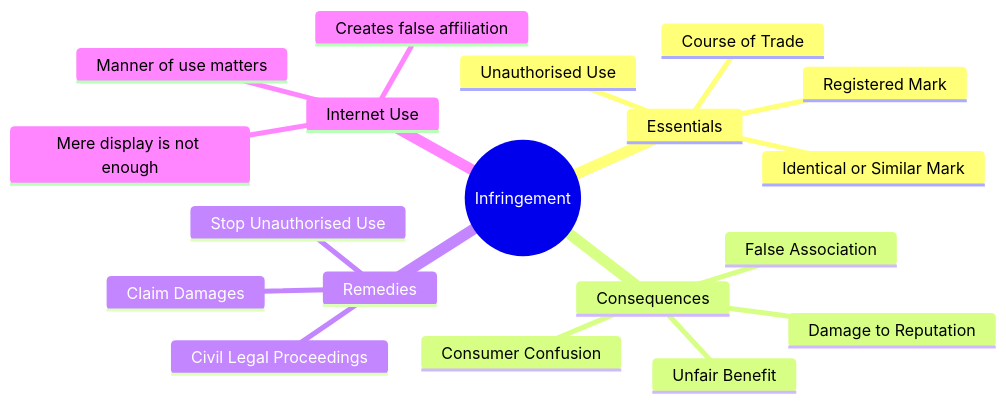
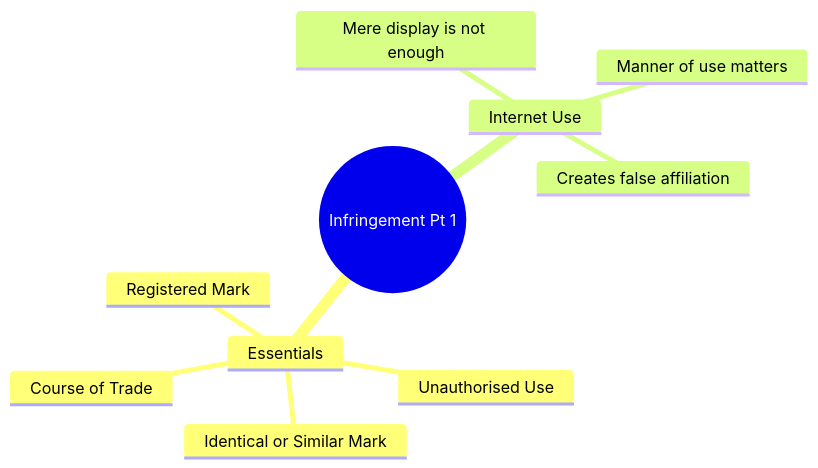
The eighth of 11 diagrams in 12_Infringement_of_Trademarks_and_Action_Against_Infringement.md (Aryns293/IPR), drawn with Mermaid before and after one commit. The commit also changed other lines of this file, not shown here.

Commit message:
Refine mindmaps in Chapter 12 to fit screen better

````diff
--- a/12_Infringement_of_Trademarks_and_Action_Against_Infringement.md
+++ b/12_Infringement_of_Trademarks_and_Action_Against_Infringement.md
@@ -258,22 +258,13 @@
 ```mermaid
 mindmap
-  root((Infringement))
+  root((Infringement Pt 1))
     Essentials
       Unauthorised Use
       Identical or Similar Mark
       Course of Trade
       Registered Mark
-    Consequences
-      Consumer Confusion
-      False Association
-      Damage to Reputation
-      Unfair Benefit
-    Remedies
-      Civil Legal Proceedings
-      Stop Unauthorised Use
-      Claim Damages
     Internet Use
       Mere display is not enough
       Manner of use matters
       Creates false affiliation
 ```
````
